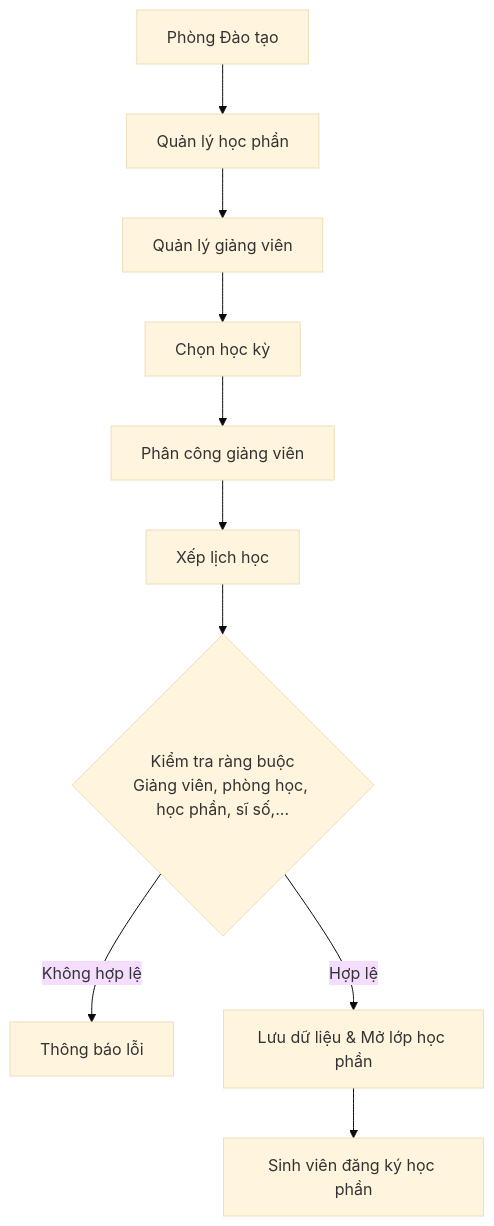
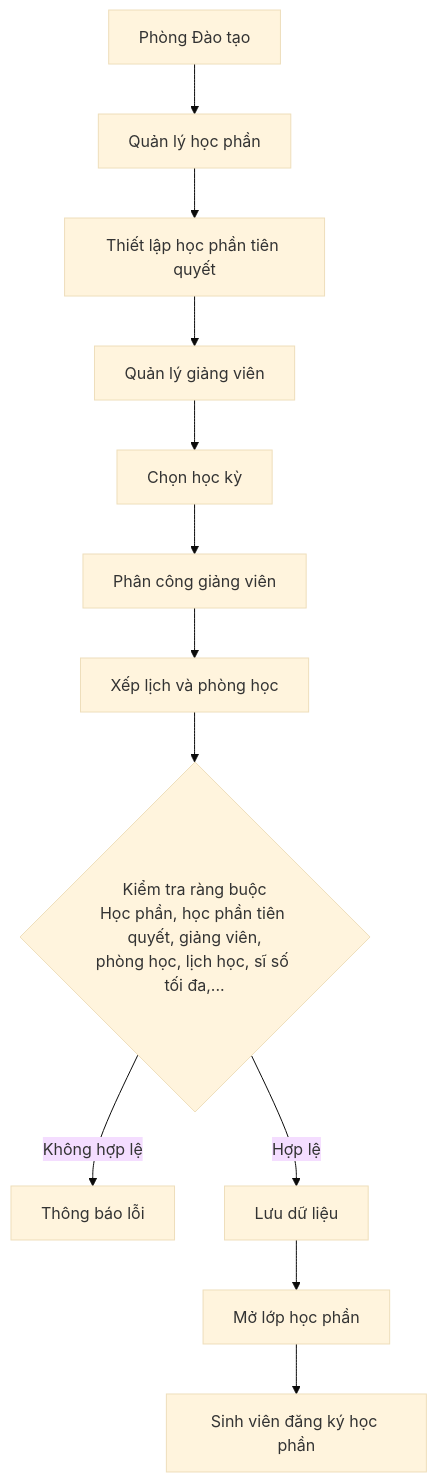
Before and after one commit to ngnsusinn/student-course-registration-management: the diagram in docs/analysis_hocphan_giangvien_molophocphan.md, drawn with Mermaid (base theme). The commit also changed other lines of this file, not shown here.

````diff
--- a/docs/analysis_hocphan_giangvien_molophocphan.md
+++ b/docs/analysis_hocphan_giangvien_molophocphan.md
@@ -161,13 +185,15 @@
 ```mermaid
 graph TD
     A[Phòng Đào tạo] --> B[Quản lý học phần]
-    B --> C[Quản lý giảng viên]
-    C --> D[Chọn học kỳ]
-    D --> E[Phân công giảng viên]
-    E --> F[Xếp lịch học]
-    F --> G{Kiểm tra ràng buộc<br>Giảng viên, phòng học, học phần, sĩ số,...}
-    
-    G -- Không hợp lệ --> H[Thông báo lỗi]
-    G -- Hợp lệ --> I[Lưu dữ liệu & Mở lớp học phần]
-    I --> J[Sinh viên đăng ký học phần]
+    B --> C[Thiết lập học phần tiên quyết]
+    C --> D[Quản lý giảng viên]
+    D --> E[Chọn học kỳ]
+    E --> F[Phân công giảng viên]
+    F --> G[Xếp lịch và phòng học]
+    G --> H{Kiểm tra ràng buộc<br>Học phần, học phần tiên quyết, giảng viên,<br>phòng học, lịch học, sĩ số tối đa,...}
+
+    H -- Không hợp lệ --> I[Thông báo lỗi]
+    H -- Hợp lệ --> J[Lưu dữ liệu]
+    J --> K[Mở lớp học phần]
+    K --> L[Sinh viên đăng ký học phần]
 ```
````
